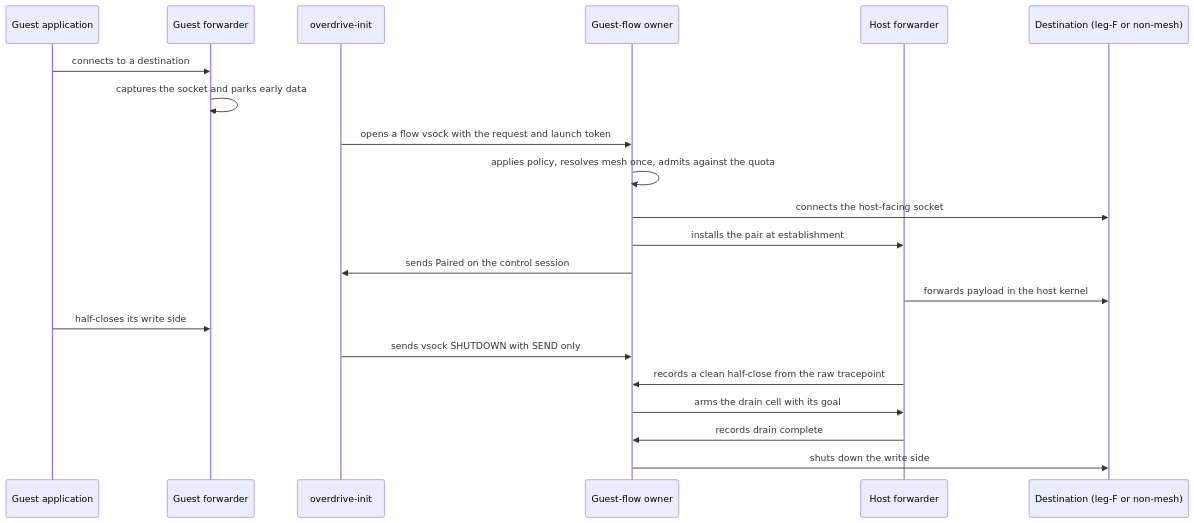
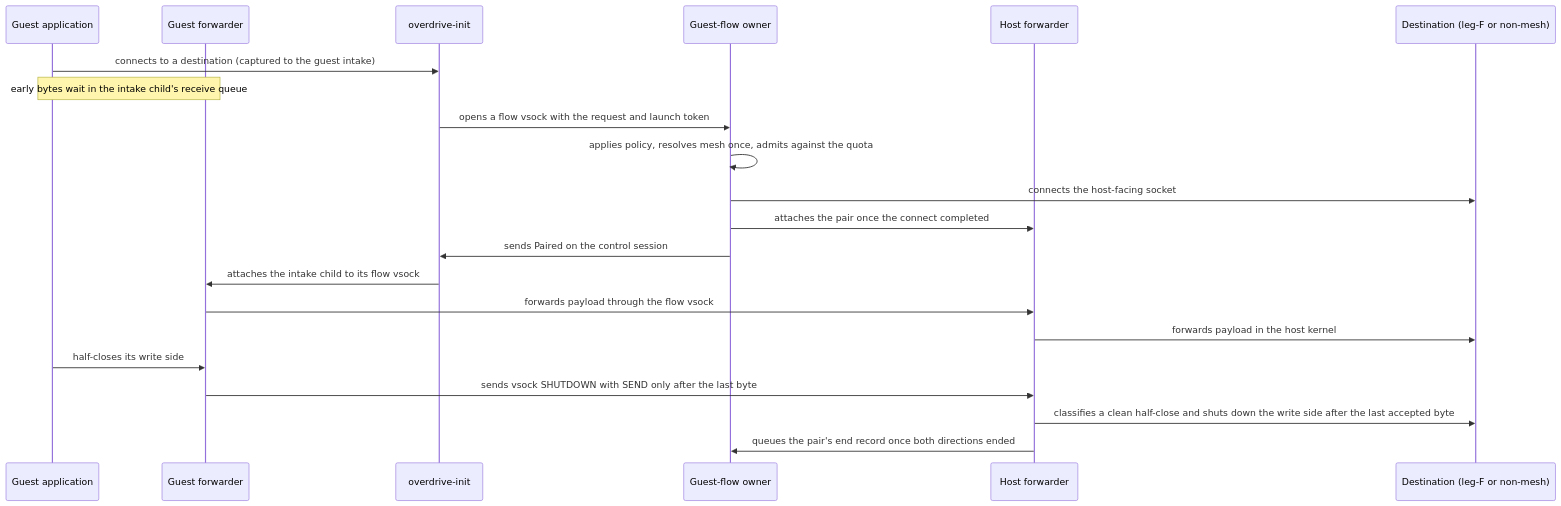
One commit to overdrive-sh/overdrive changed diagram 36 of 37 in docs/product/architecture/c4-diagrams.md. Above: the diagram before and after it, drawn with Mermaid. The commit also changed other lines of this file and 2120 other files, not shown here.

````diff
--- a/docs/product/architecture/c4-diagrams.md
+++ b/docs/product/architecture/c4-diagrams.md
@@ -1734,23 +1747,23 @@
 ```mermaid
 sequenceDiagram
     participant App as Guest application
     participant GF as Guest forwarder
     participant G as overdrive-init
     participant Own as Guest-flow owner
     participant F as Host forwarder
     participant D as Destination (leg-F or non-mesh)
-    App->>GF: connects to a destination
-    GF->>GF: captures the socket and parks early data
+    App->>G: connects to a destination (captured to the guest intake)
+    Note over App,GF: early bytes wait in the intake child's receive queue
     G->>Own: opens a flow vsock with the request and launch token
     Own->>Own: applies policy, resolves mesh once, admits against the quota
     Own->>D: connects the host-facing socket
-    Own->>F: installs the pair at establishment
+    Own->>F: attaches the pair once the connect completed
     Own->>G: sends Paired on the control session
+    G->>GF: attaches the intake child to its flow vsock
+    GF->>F: forwards payload through the flow vsock
     F->>D: forwards payload in the host kernel
     App->>GF: half-closes its write side
-    G->>Own: sends vsock SHUTDOWN with SEND only
-    F->>Own: records a clean half-close from the raw tracepoint
-    Own->>F: arms the drain cell with its goal
-    F->>Own: records drain complete
-    Own->>D: shuts down the write side
+    GF->>F: sends vsock SHUTDOWN with SEND only after the last byte
+    F->>D: classifies a clean half-close and shuts down the write side after the last accepted byte
+    F->>Own: queues the pair's end record once both directions ended
 ```
````
